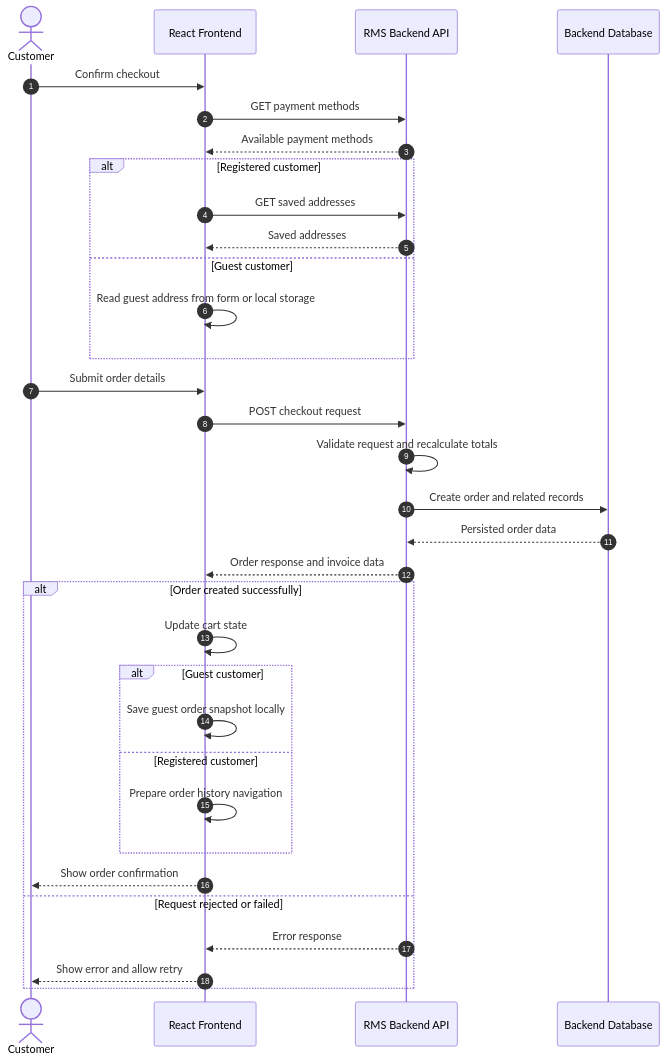
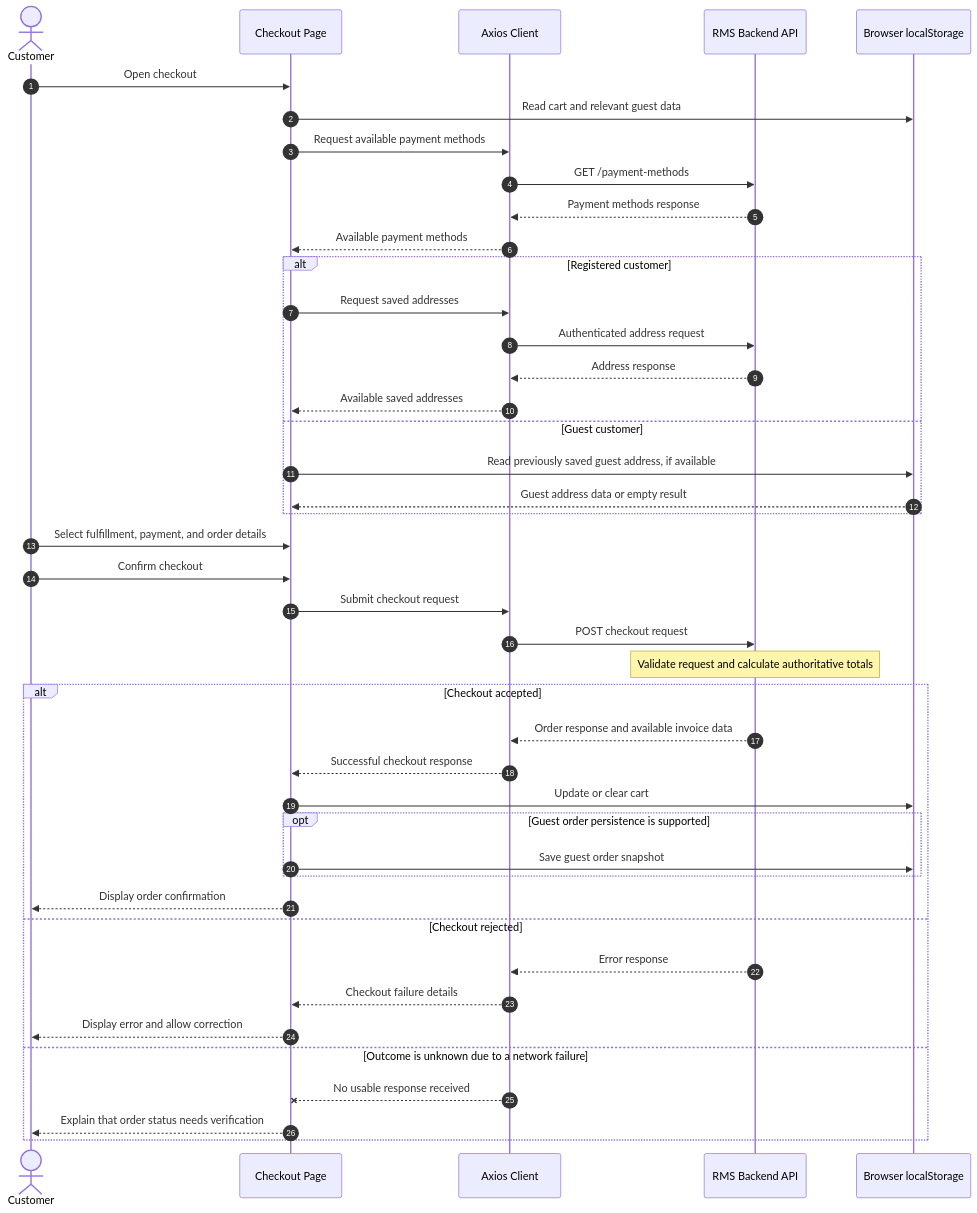
The eighth of 14 diagrams in DIAGRAMS.md (suliman-mousa/restaurant-ordering-platform), drawn with Mermaid before and after one commit. The commit also changed other lines of this file, not shown here.

````diff
--- a/DIAGRAMS.md
+++ b/DIAGRAMS.md
@@ -208,39 +286,54 @@
 ```mermaid
 sequenceDiagram
     autonumber
     actor U as Customer
-    participant UI as React Frontend
+    participant CO as Checkout Page
+    participant AX as Axios Client
     participant API as RMS Backend API
-    participant DB as Backend Database
+    participant LS as Browser localStorage
 
-    U->>UI: Confirm checkout
-    UI->>API: GET payment methods
-    API-->>UI: Available payment methods
+    U->>CO: Open checkout
+    CO->>LS: Read cart and relevant guest data
+
+    CO->>AX: Request available payment methods
+    AX->>API: GET /payment-methods
+    API-->>AX: Payment methods response
+    AX-->>CO: Available payment methods
 
     alt Registered customer
-        UI->>API: GET saved addresses
-        API-->>UI: Saved addresses
+        CO->>AX: Request saved addresses
+        AX->>API: Authenticated address request
+        API-->>AX: Address response
+        AX-->>CO: Available saved addresses
     else Guest customer
-        UI->>UI: Read guest address from form or local storage
+        CO->>LS: Read previously saved guest address, if available
+        LS-->>CO: Guest address data or empty result
     end
 
-    U->>UI: Submit order details
-    UI->>API: POST checkout request
-    API->>API: Validate request and recalculate totals
-    API->>DB: Create order and related records
-    DB-->>API: Persisted order data
-    API-->>UI: Order response and invoice data
+    U->>CO: Select fulfillment, payment, and order details
+    U->>CO: Confirm checkout
 
-    alt Order created successfully
-        UI->>UI: Update cart state
-        alt Guest customer
-            UI->>UI: Save guest order snapshot locally
-        else Registered customer
-            UI->>UI: Prepare order history navigation
+    CO->>AX: Submit checkout request
+    AX->>API: POST checkout request
+
+    Note over API: Validate request and calculate authoritative totals
+
+    alt Checkout accepted
+        API-->>AX: Order response and available invoice data
+        AX-->>CO: Successful checkout response
+
+        CO->>LS: Update or clear cart
+        opt Guest order persistence is supported
+            CO->>LS: Save guest order snapshot
         end
-        UI-->>U: Show order confirmation
-    else Request rejected or failed
-        API-->>UI: Error response
-        UI-->>U: Show error and allow retry
+
+        CO-->>U: Display order confirmation
+    else Checkout rejected
+        API-->>AX: Error response
+        AX-->>CO: Checkout failure details
+        CO-->>U: Display error and allow correction
+    else Outcome is unknown due to a network failure
+        AX--xCO: No usable response received
+        CO-->>U: Explain that order status needs verification
     end
 ```
````
